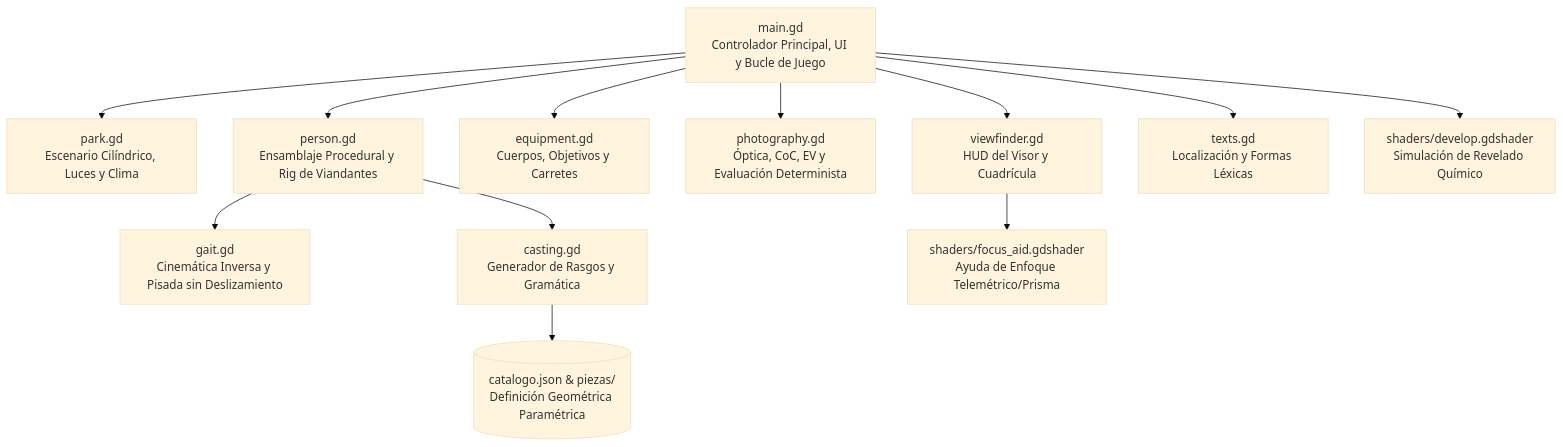
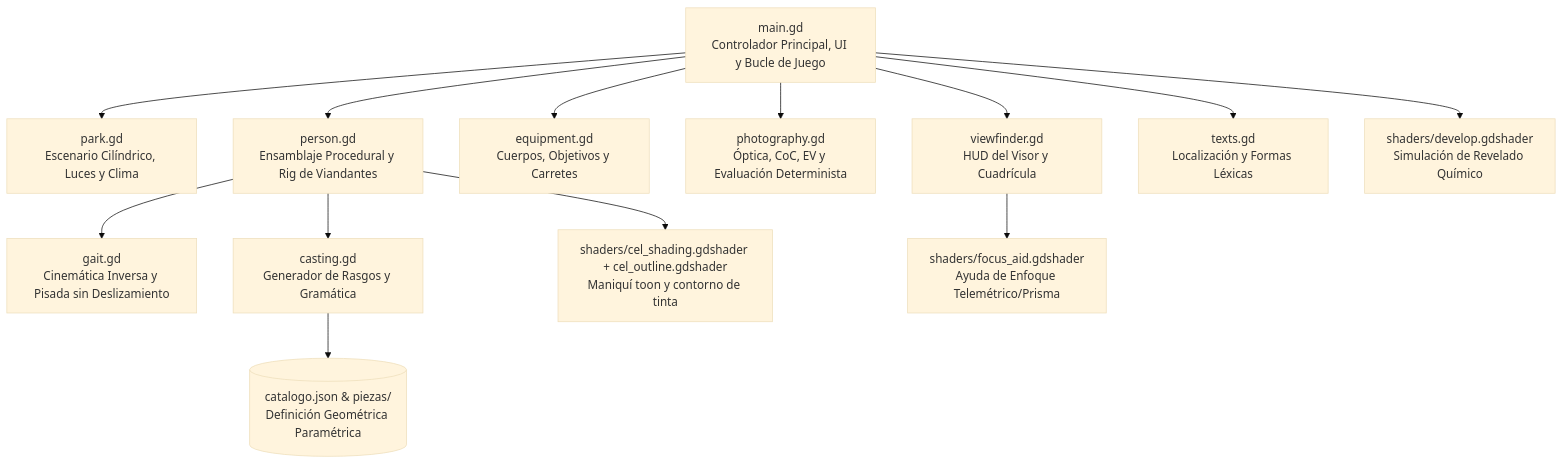
One commit to Ganso/proyecto-paparazzi changed the first of 2 diagrams in docs/ARQUITECTURA.md. Above: the diagram before and after it, drawn with Mermaid (base theme). The commit also changed 84 other files, not shown here.

First line of the commit message:
personajes: maniquí de madera con rótulas, sombreado toon y contorno de tinta

````diff
--- a/docs/ARQUITECTURA.md
+++ b/docs/ARQUITECTURA.md
@@ -23,16 +23,17 @@
 ```mermaid
 graph TD
     A[main.gd<br/>Controlador Principal, UI y Bucle de Juego] --> B[park.gd<br/>Escenario Cilíndrico, Luces y Clima]
     A --> C[person.gd<br/>Ensamblaje Procedural y Rig de Viandantes]
     A --> D[equipment.gd<br/>Cuerpos, Objetivos y Carretes]
     A --> E[photography.gd<br/>Óptica, CoC, EV y Evaluación Determinista]
     A --> F[viewfinder.gd<br/>HUD del Visor y Cuadrícula]
     A --> G[texts.gd<br/>Localización y Formas Léxicas]
 
     C --> H[gait.gd<br/>Cinemática Inversa y Pisada sin Deslizamiento]
     C --> I[casting.gd<br/>Generador de Rasgos y Gramática]
     I --> J[(catalogo.json & piezas/<br/>Definición Geométrica Paramétrica)]
 
     A --> K[shaders/develop.gdshader<br/>Simulación de Revelado Químico]
     F --> L[shaders/focus_aid.gdshader<br/>Ayuda de Enfoque Telemétrico/Prisma]
+    C --> M[shaders/cel_shading.gdshader + cel_outline.gdshader<br/>Maniquí toon y contorno de tinta]
 ```
````
